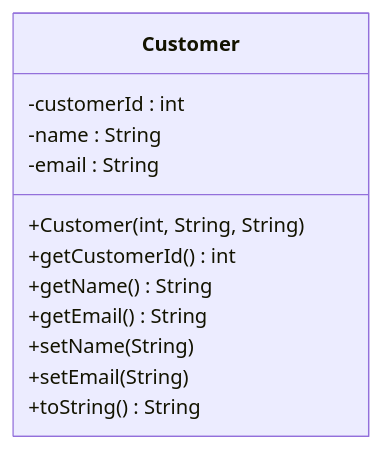
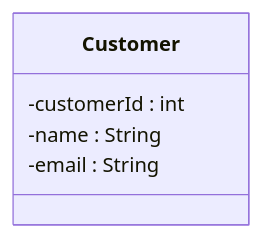
One commit to jayani-athukorala/java-oop-exercise changed the second of 5 diagrams in README.md. Above: the diagram before and after it, drawn with Mermaid. The commit also changed other lines of this file, not shown here.

Commit message:
remove getters setters from uml

````diff
--- a/README.md
+++ b/README.md
@@ -42,15 +38,8 @@
 ```mermaid
 classDiagram
     class Customer {
         -customerId : int 
         -name : String
         -email : String
-        +Customer(int, String, String)
-        +getCustomerId() int
-        +getName() String
-        +getEmail() String
-        +setName(String)
-        +setEmail(String)
-        +toString() String
     }
 ```
````
